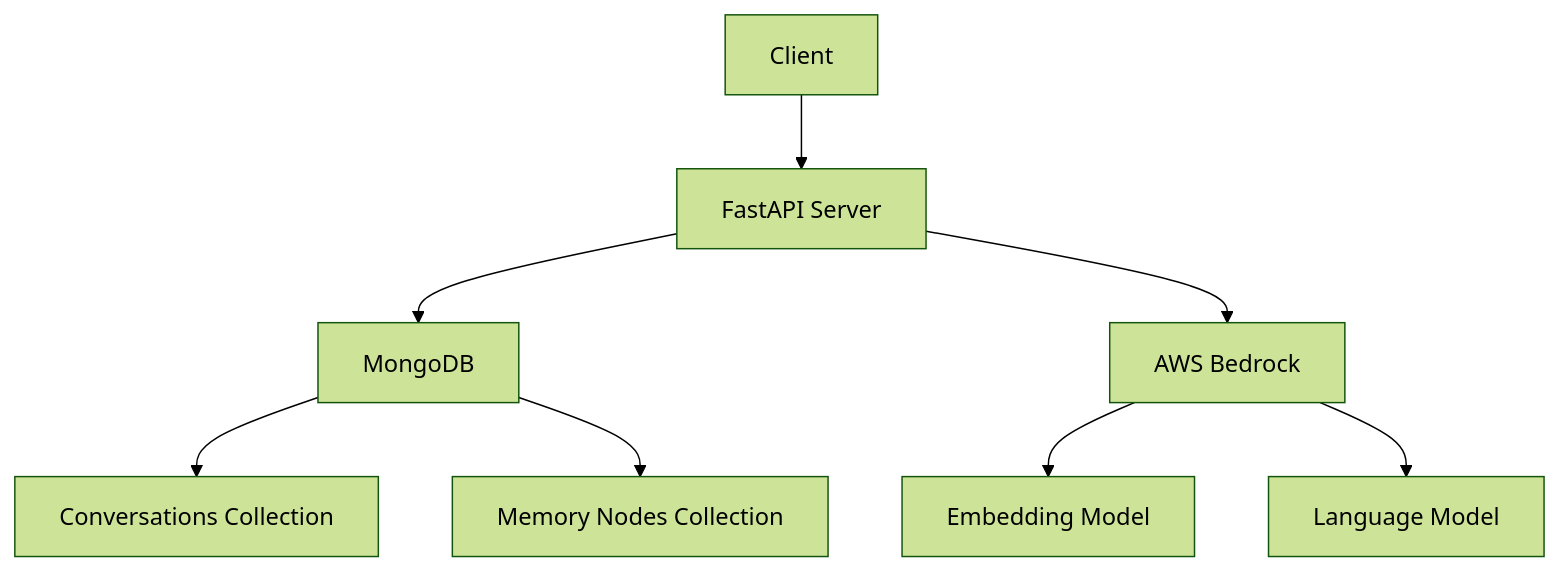
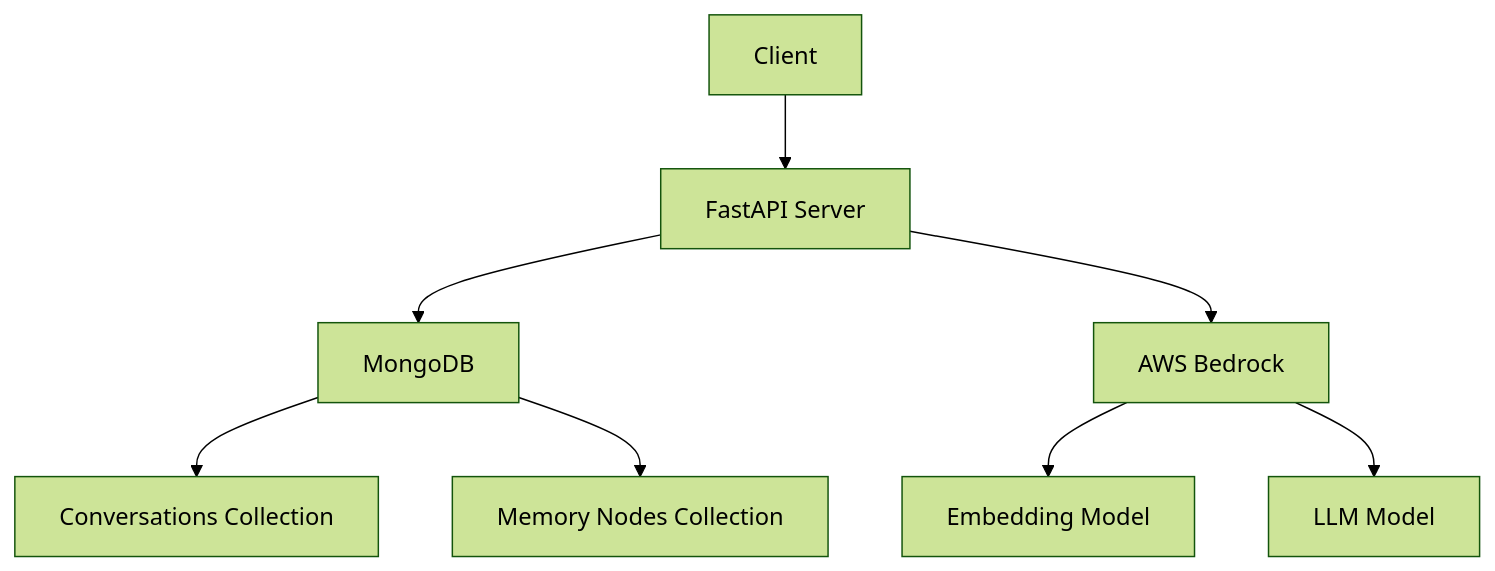
Before and after one commit to mohammaddaoudfarooqi/maap-temporal-qs: the diagram in MAAP-Temporal/ai-memory/README.md, drawn with Mermaid (forest theme). The commit also changed other lines of this file and 10 other files, not shown here.

````diff
--- a/MAAP-Temporal/ai-memory/README.md
+++ b/MAAP-Temporal/ai-memory/README.md
@@ -30,10 +30,10 @@
 ```mermaid
 graph TD
     A[Client] --> B[FastAPI Server]
     B --> C[MongoDB]
     B --> D[AWS Bedrock]
     C --> E[Conversations Collection]
     C --> F[Memory Nodes Collection]
     D --> G[Embedding Model]
-    D --> H[Language Model]
+    D --> H[LLM Model]
 ```
````
